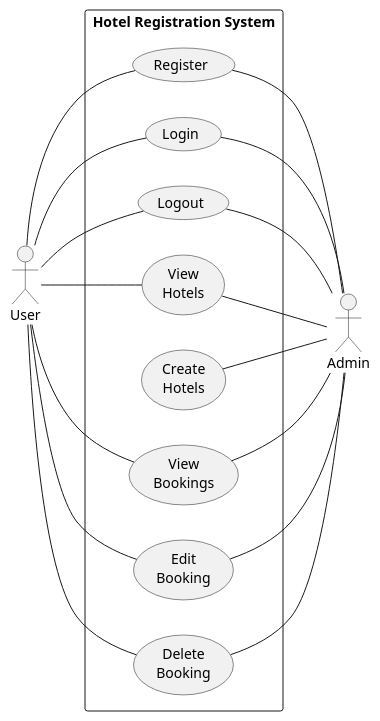
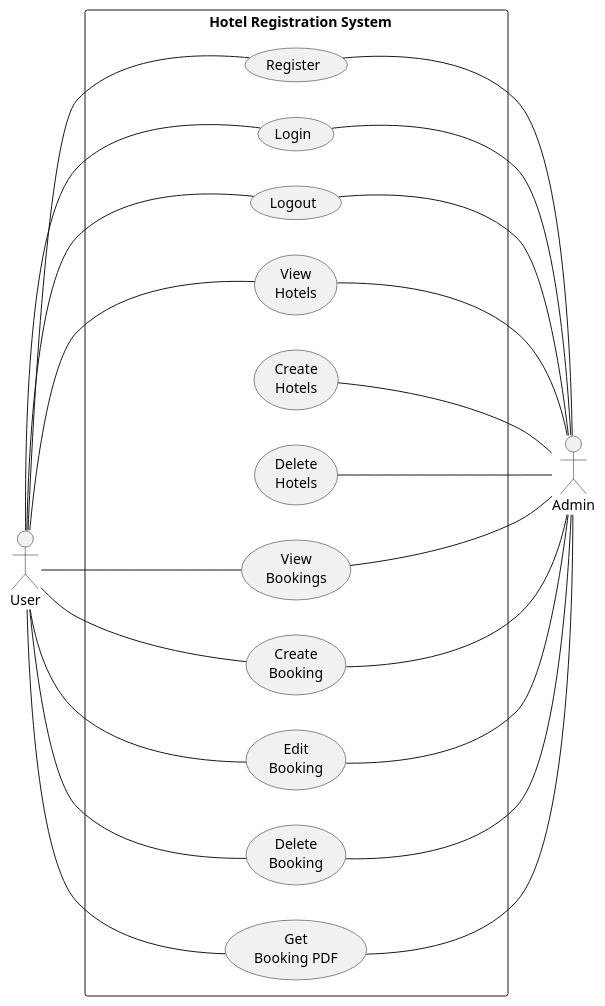
Before and after one commit to podesport/SWPrac-proj: the diagram in plant_uml/hotelRegistrationUseCase.puml, drawn with PlantUML.

Commit message:
fix usecase diagram

```diff
--- a/plant_uml/hotelRegistrationUseCase.puml
+++ b/plant_uml/hotelRegistrationUseCase.puml
@@ -1,39 +1,49 @@
 @startuml Hotel Registration System Use Case Diagram
 left to right direction
 
 actor "User" as user
-rectangle "Hotel Registration System" as HotelRegistrationSystem {    
+rectangle "\t\t\t\tHotel Registration System\t\t\t\t" as HotelRegistrationSystem {    
     usecase "Register" as register
     usecase "Login" as login
     usecase "Logout" as logout
     usecase "View\nHotels" as viewHotels
     usecase "Create\nHotels" as createHotel
-    usecase "View\nBookings" as viewHBookings
+    usecase "Delete\nHotels" as deleteHotel
+    usecase "View\nBookings" as viewBookings
+    usecase "Create\nBooking" as createBooking
     usecase "Edit\nBooking" as editBooking
     usecase "Delete\nBooking" as deleteBooking
+    usecase "Get\nBooking PDF" as getBookingPDF
 }
 
 actor "Admin" as admin
 
 
 user -- register
 user -- login
 user -- logout
 
 user -- viewHotels
-user -- viewHBookings
+
+user -- viewBookings
+user -- createBooking
 user -- editBooking
 user -- deleteBooking
+user -- getBookingPDF
 ' =====================
 
 register -- admin
 login -- admin
 logout -- admin
 
 viewHotels -- admin
 createHotel -- admin
-viewHBookings -- admin
+deleteHotel -- admin
+
+viewBookings -- admin
+createBooking -- admin
 editBooking -- admin
 deleteBooking -- admin
-
+getBookingPDF -- admin
+' =====================
 @enduml
```
